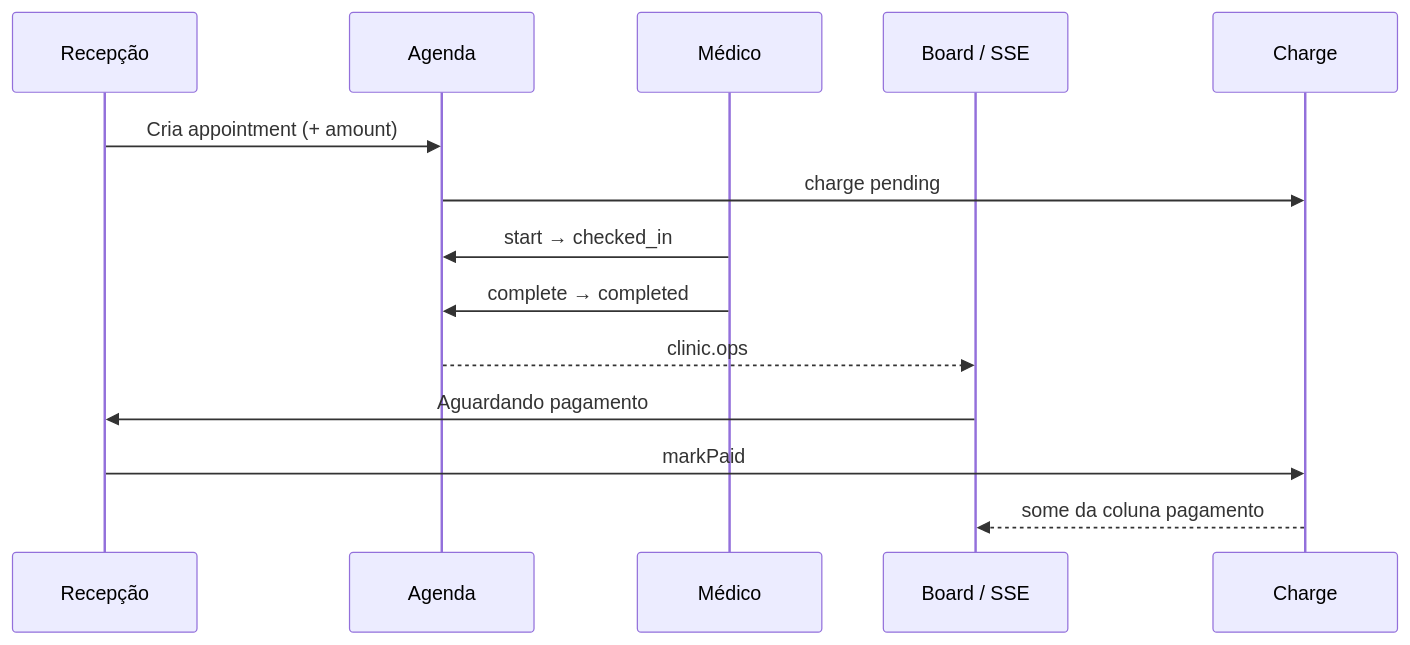
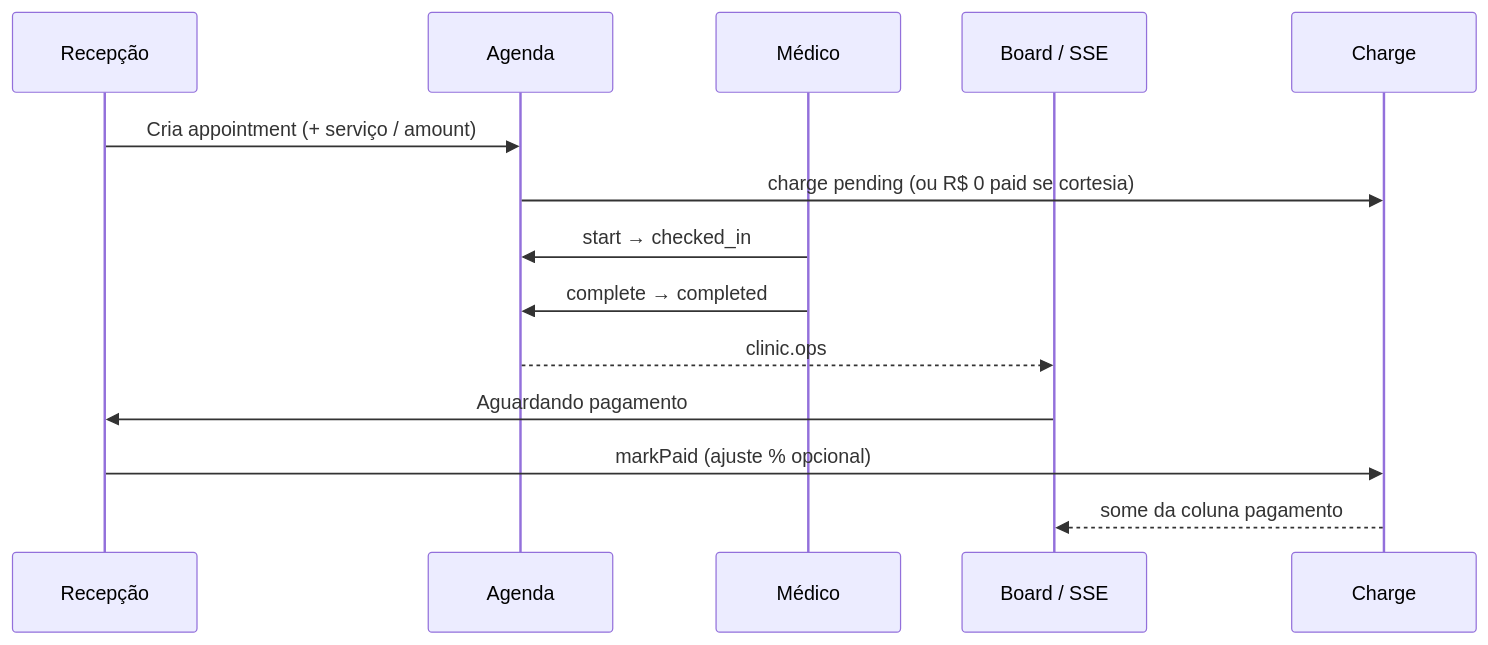
One commit to Vorynt/sclinic changed the third of 6 diagrams in docs/wiki/Diagramas.md. Above: the diagram before and after it, drawn with Mermaid. The commit also changed other lines of this file and 71 other files, not shown here.

````diff
--- a/docs/wiki/Diagramas.md
+++ b/docs/wiki/Diagramas.md
@@ -43,17 +43,17 @@
 ```mermaid
 sequenceDiagram
   participant R as Recepção
   participant A as Agenda
   participant M as Médico
   participant B as Board / SSE
   participant C as Charge
 
-  R->>A: Cria appointment (+ amount)
-  A->>C: charge pending
+  R->>A: Cria appointment (+ serviço / amount)
+  A->>C: charge pending (ou R$ 0 paid se cortesia)
   M->>A: start → checked_in
   M->>A: complete → completed
   A-->>B: clinic.ops
   B->>R: Aguardando pagamento
-  R->>C: markPaid
+  R->>C: markPaid (ajuste % opcional)
   C-->>B: some da coluna pagamento
 ```
````
